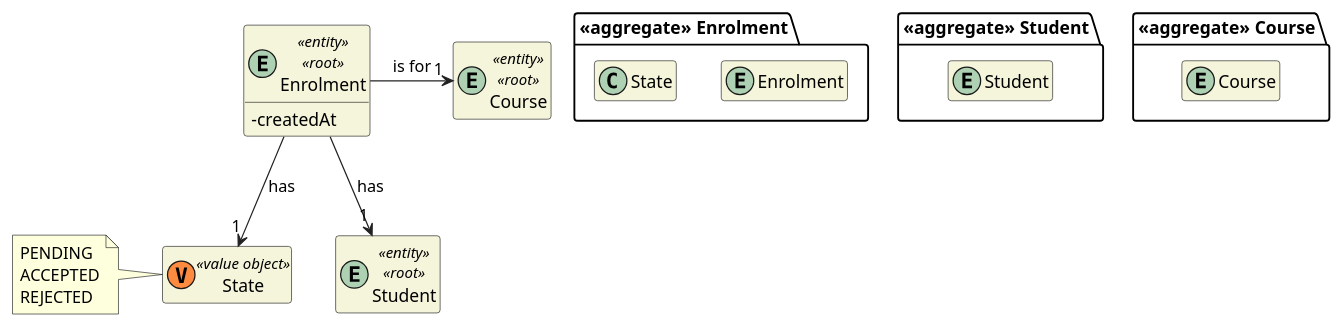
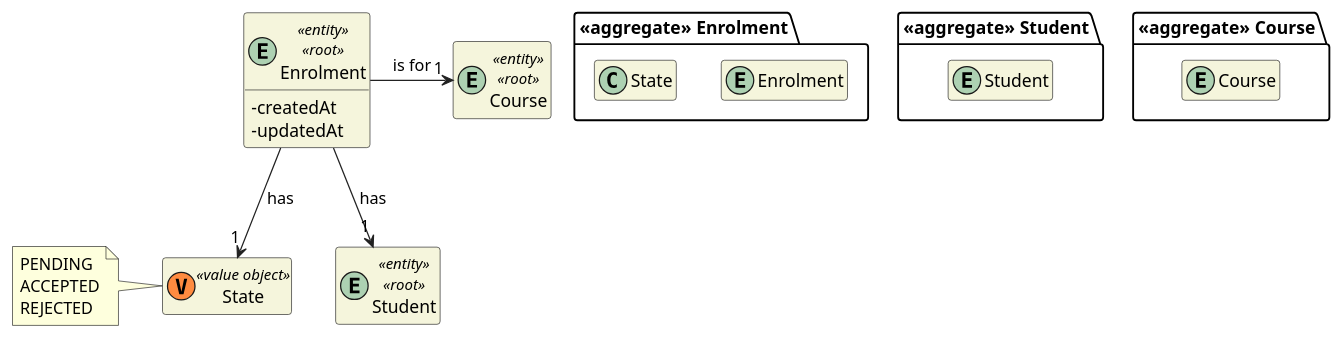
One commit to miseEnPlace-dev/lapr4 changed the diagram in docs/DM/DM_Enrolment.puml. Above: the diagram before and after it, drawn with PlantUML. The commit also changed 20 other files, not shown here.

```diff
--- a/docs/DM/DM_Enrolment.puml
+++ b/docs/DM/DM_Enrolment.puml
@@ -1,49 +1,50 @@
 @startuml DM-ENROLMENT
 'https://plantuml.com/class-diagram
 
 skinparam classAttributeIconSize 0
 hide empty attributes
 hide empty methods
 skinparam classBackgroundColor beige
 skinparam ArrowColor #222222
 
 package "<<aggregate>> Enrolment" {
     entity Enrolment
     
     class State
 }
 
 
 entity Enrolment <<entity>> <<root>> {
   - createdAt
+  - updatedAt
 }
 
 package "<<aggregate>> Student" {
   entity Student
 }
 
 
 entity Student <<entity>> <<root>> {
 }
 
 package "<<aggregate>> Course" {
   entity Course
 }
 
 
 entity Course <<entity>> <<root>> {
 }
 
 class State <<(V,#FF8B40) value object>> {}
 note left of State
   PENDING
   ACCEPTED
   REJECTED
 end note
 
 Enrolment --> "1" State : has
 
 Enrolment --> "1" Student : has
 Enrolment -> "1" Course : is for
 
 @enduml
```
